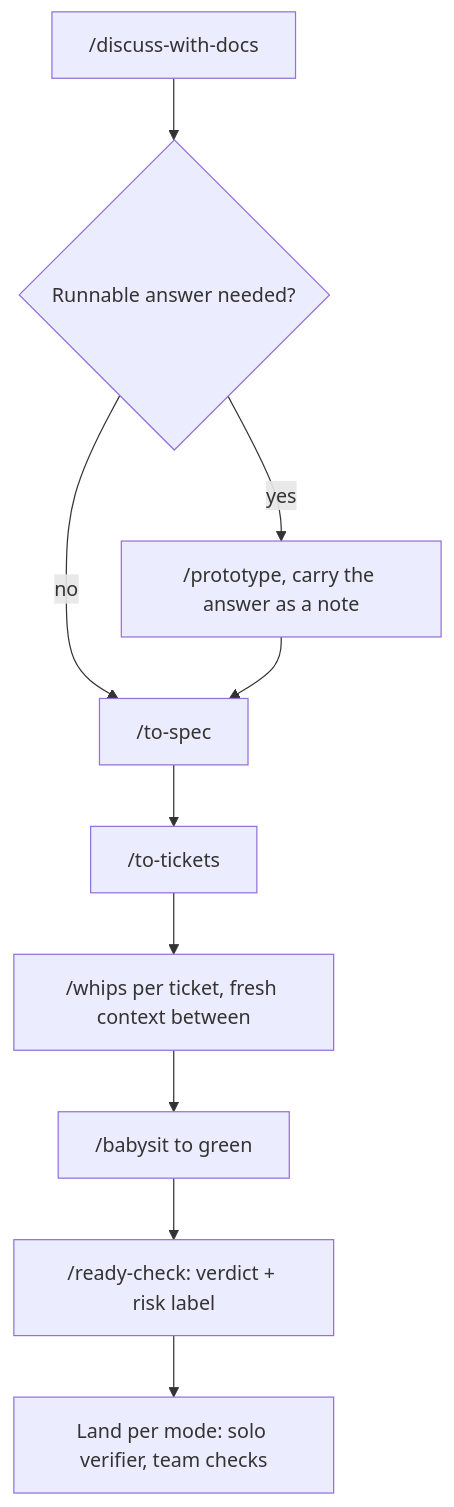
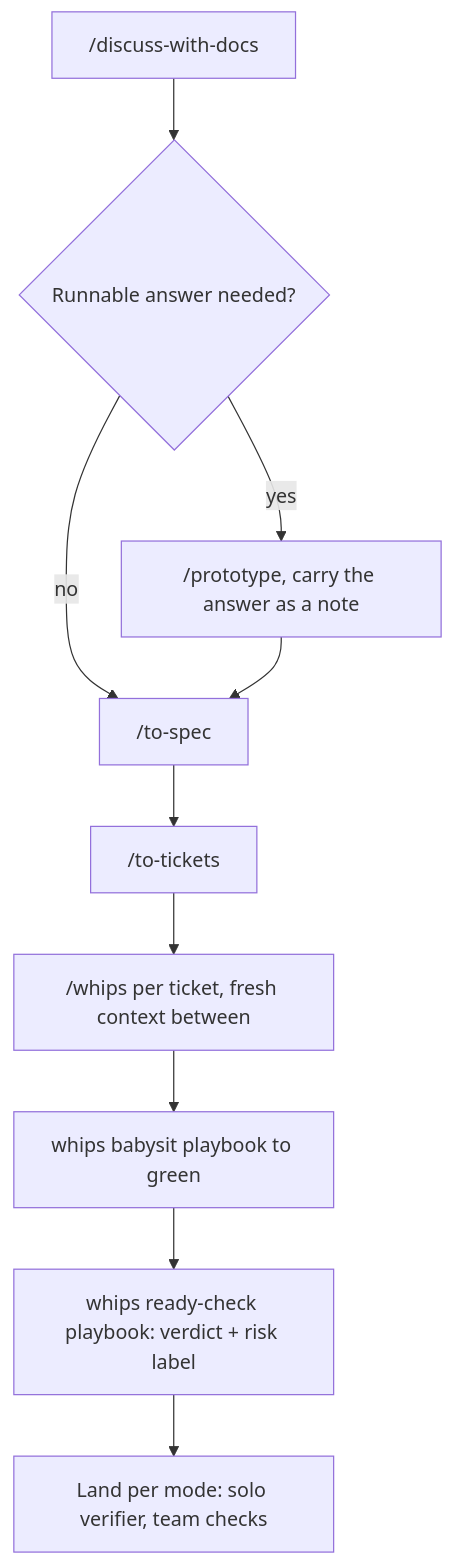
The third of 10 diagrams in skills/user-invoked/guide/COOKBOOK.md (TudeOrangBiasa/skills-for-agents), drawn with Mermaid before and after one commit. The commit also changed other lines of this file and 2 other files, not shown here.

Commit message:
fix(docs): COOKBOOK slash playbook, wizard, count, CMS examples (#180)

````diff
--- a/skills/user-invoked/guide/COOKBOOK.md
+++ b/skills/user-invoked/guide/COOKBOOK.md
@@ -46,9 +46,9 @@
 ```mermaid
 flowchart TD
     D["/discuss-with-docs"] --> Q{"Runnable answer needed?"}
     Q -->|yes| P["/prototype, carry the answer as a note"]
     Q -->|no| S["/to-spec"]
     P --> S
     S --> T["/to-tickets"] --> W["/whips per ticket, fresh context between"]
-    W --> B["/babysit to green"] --> R["/ready-check: verdict + risk label"] --> M["Land per mode: solo verifier, team checks"]
+    W --> B["whips babysit playbook to green"] --> R["whips ready-check playbook: verdict + risk label"] --> M["Land per mode: solo verifier, team checks"]
 ```
````
